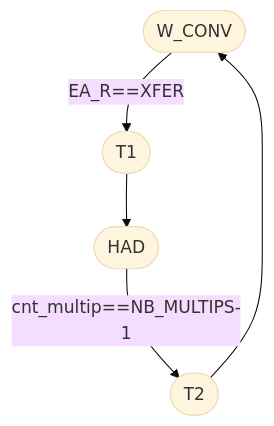
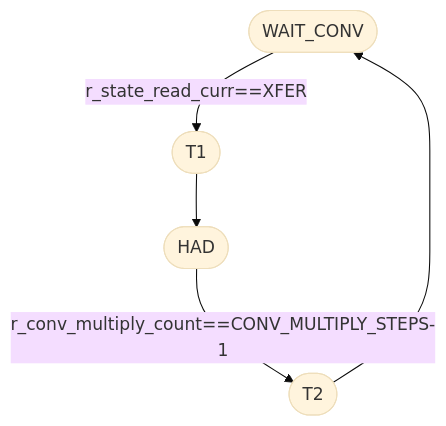
The second of 3 diagrams in rtl/control/README.md (tarsioonofrio/FastConv_SystemVerilog), drawn with Mermaid (base theme) before and after one commit. The commit also changed other lines of this file and 10 other files, not shown here.

````diff
--- a/rtl/control/README.md
+++ b/rtl/control/README.md
@@ -82,7 +82,7 @@
 ```mermaid
 flowchart TB
-    WC(["W_CONV"]) -->|"EA_R==XFER"| T1(["T1"])
+    WC(["WAIT_CONV"]) -->|"r_state_read_curr==XFER"| T1(["T1"])
     T1 --> H(["HAD"])
-    H -->|"cnt_multip==NB_MULTIPS-1"| T2(["T2"])
+    H -->|"r_conv_multiply_count==CONV_MULTIPLY_STEPS-1"| T2(["T2"])
     T2 --> WC
 ```
````
